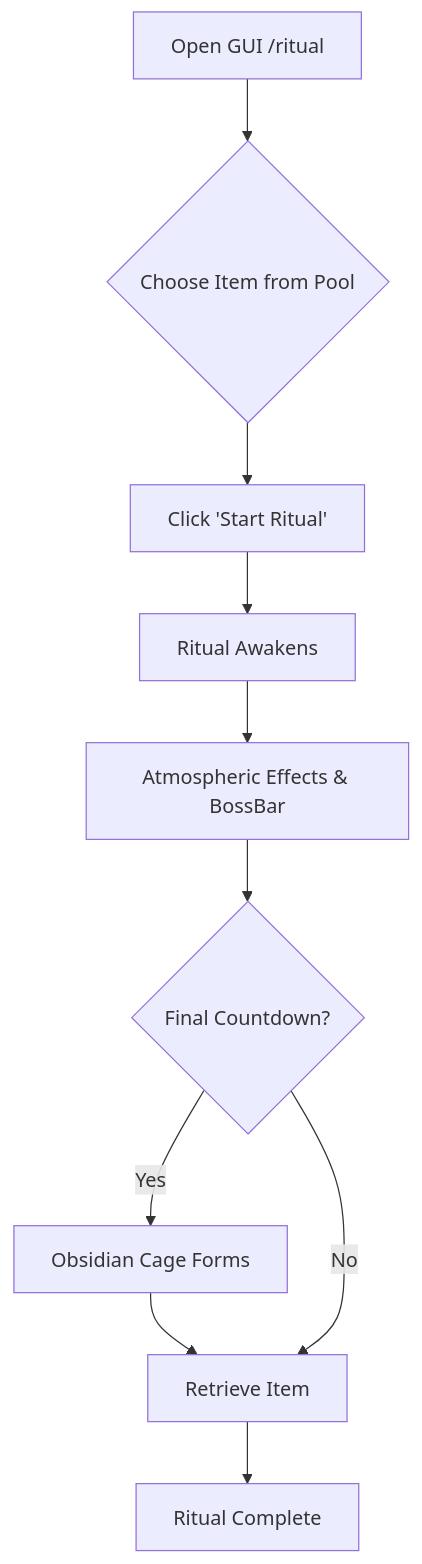
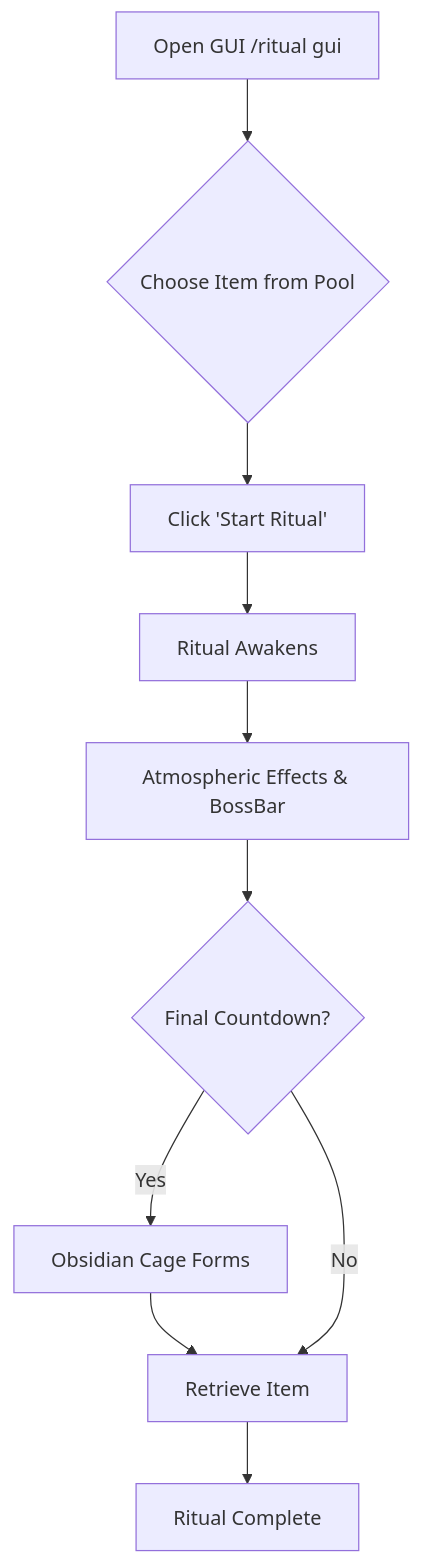
The first of 2 diagrams in README.md (FrndlyFrags/CursedRituals), drawn with Mermaid before and after one commit.

````diff
--- a/README.md
+++ b/README.md
@@ -15,12 +15,12 @@
 ```mermaid
 graph TD
-    A[Open GUI /ritual] --> B{Choose Item from Pool}
+    A[Open GUI /ritual gui] --> B{Choose Item from Pool}
     B --> C[Click 'Start Ritual']
     C --> D[Ritual Awakens]
     D --> E[Atmospheric Effects & BossBar]
     E --> F{Final Countdown?}
     F -- Yes --> G[Obsidian Cage Forms]
     G --> H[Retrieve Item]
     F -- No --> H[Retrieve Item]
     H --> I[Ritual Complete]
 ```
````
